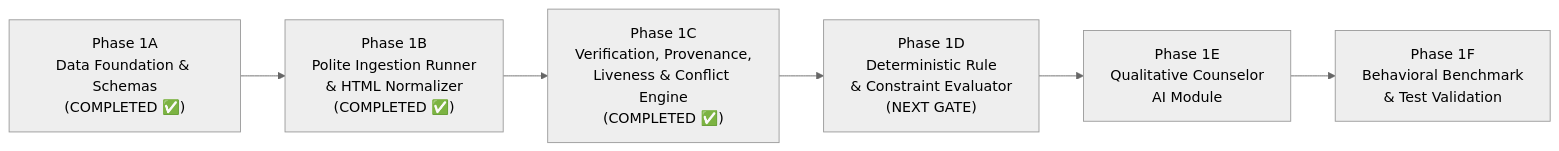
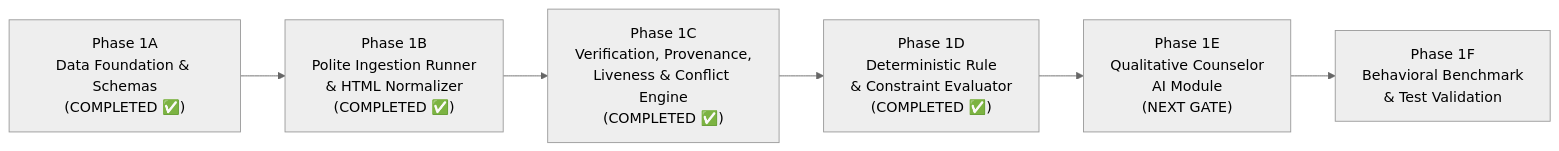
Before and after one commit to ezekiyastsegaye123-cmyk/scholarship_project: the diagram in docs/phase-1/README.md, drawn with Mermaid (neutral theme). The commit also changed other lines of this file and 19 other files, not shown here.

Commit message:
feat(phase-1d): implement deterministic eligibility evaluation engine with multi-valued logic

````diff
--- a/docs/phase-1/README.md
+++ b/docs/phase-1/README.md
@@ -15,8 +15,8 @@
 ```mermaid
 flowchart LR
     P1A["Phase 1A<br/>Data Foundation & Schemas<br/>(COMPLETED ✅)"] --> P1B["Phase 1B<br/>Polite Ingestion Runner<br/>& HTML Normalizer<br/>(COMPLETED ✅)"]
     P1B --> P1C["Phase 1C<br/>Verification, Provenance,<br/>Liveness & Conflict Engine<br/>(COMPLETED ✅)"]
-    P1C --> P1D["Phase 1D<br/>Deterministic Rule<br/>& Constraint Evaluator<br/>(NEXT GATE)"]
-    P1D --> P1E["Phase 1E<br/>Qualitative Counselor<br/>AI Module"]
+    P1C --> P1D["Phase 1D<br/>Deterministic Rule<br/>& Constraint Evaluator<br/>(COMPLETED ✅)"]
+    P1D --> P1E["Phase 1E<br/>Qualitative Counselor<br/>AI Module<br/>(NEXT GATE)"]
     P1E --> P1F["Phase 1F<br/>Behavioral Benchmark<br/>& Test Validation"]
 ```
````
